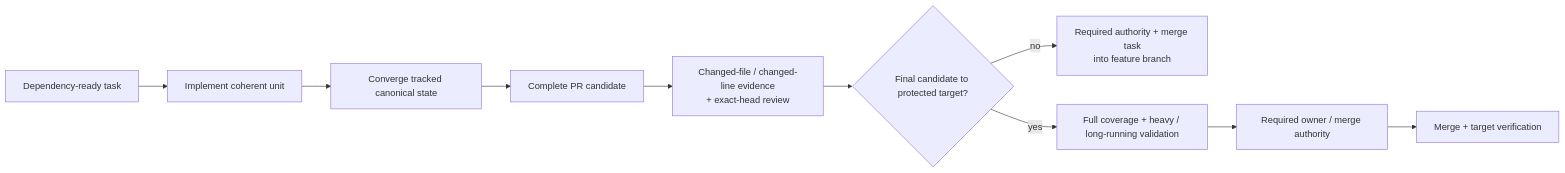
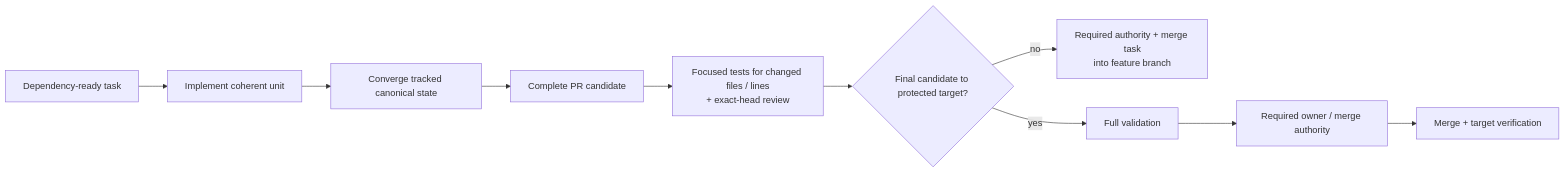
The seventh of 12 diagrams in README.md (hhhhhusky777/spec-driven-delivery-playbook), drawn with Mermaid before and after one commit. The commit also changed other lines of this file and 9 other files, not shown here.

Commit message:
refactor: define focused and full validation gates

````diff
--- a/README.md
+++ b/README.md
@@ -295,12 +295,12 @@
 ```mermaid
 flowchart LR
     R["Dependency-ready task"] --> I["Implement coherent unit"]
     I --> C["Converge tracked canonical state"]
     C --> PR["Complete PR candidate"]
-    PR --> A["Changed-file / changed-line evidence<br/>+ exact-head review"]
+    PR --> A["Focused tests for changed files / lines<br/>+ exact-head review"]
     A --> G{"Final candidate to protected target?"}
     G -->|"no"| T["Required authority + merge task<br/>into feature branch"]
-    G -->|"yes"| V["Full coverage + heavy / long-running validation"]
+    G -->|"yes"| V["Full validation"]
     V --> H["Required owner / merge authority"]
     H --> M["Merge + target verification"]
 ```
````
